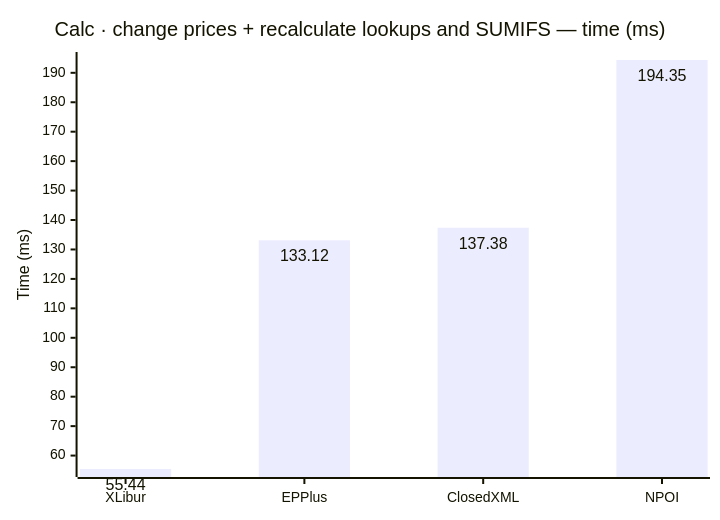
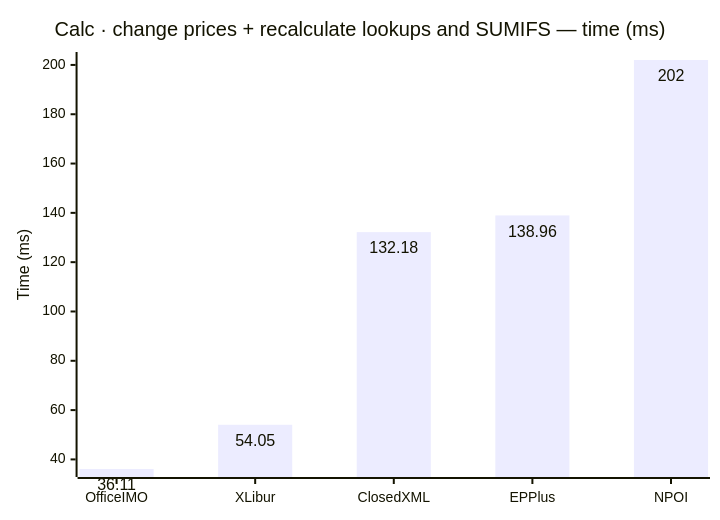
Before and after one commit to jafin/XLBench: diagram 15 of 18 in docs/results.md, drawn with Mermaid. The commit also changed other lines of this file and 2 other files, not shown here.

First line of the commit message:
Publish full-fidelity results for OfficeIMO 3.6.2, MiniExcel 2.0.0, XLibur 0.900.0, EPPlus 8.7.3 and Telerik 2026.4.1127

````diff
--- a/docs/results.md
+++ b/docs/results.md
@@ -224,12 +224,12 @@
 ```mermaid
 ---
 config:
   xyChart:
     showDataLabel: true
 ---
 xychart-beta
     title "Calc · change prices + recalculate lookups and SUMIFS — time (ms)"
-    x-axis ["XLibur", "EPPlus", "ClosedXML", "NPOI"]
+    x-axis ["OfficeIMO", "XLibur", "ClosedXML", "EPPlus", "NPOI"]
     y-axis "Time (ms)"
-    bar [55.44, 133.12, 137.38, 194.35]
+    bar [36.11, 54.05, 132.18, 138.96, 202]
 ```
````
